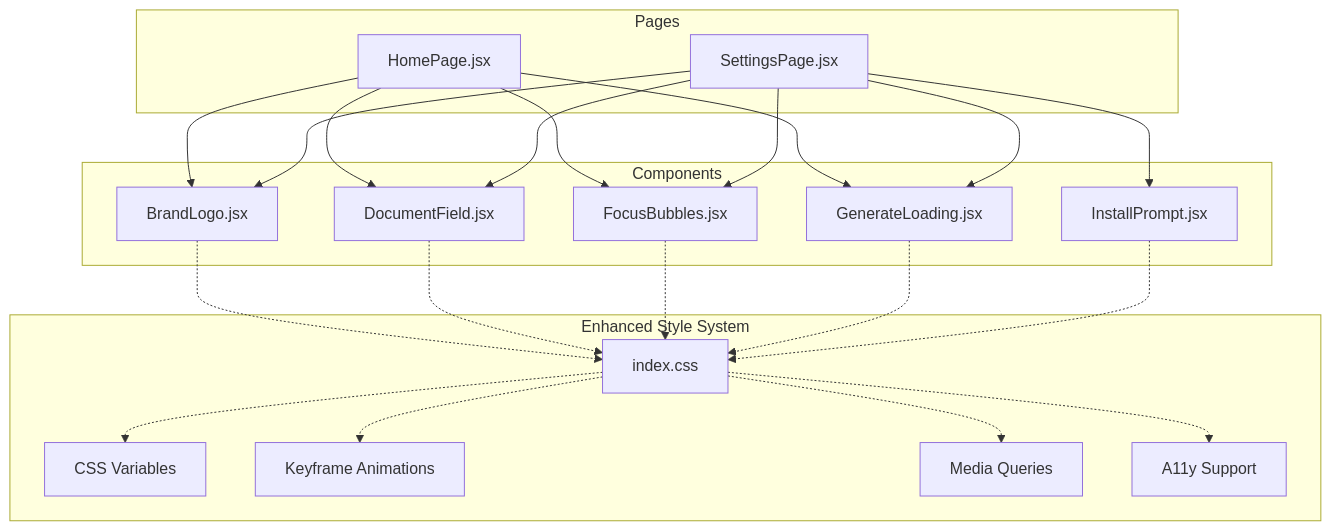
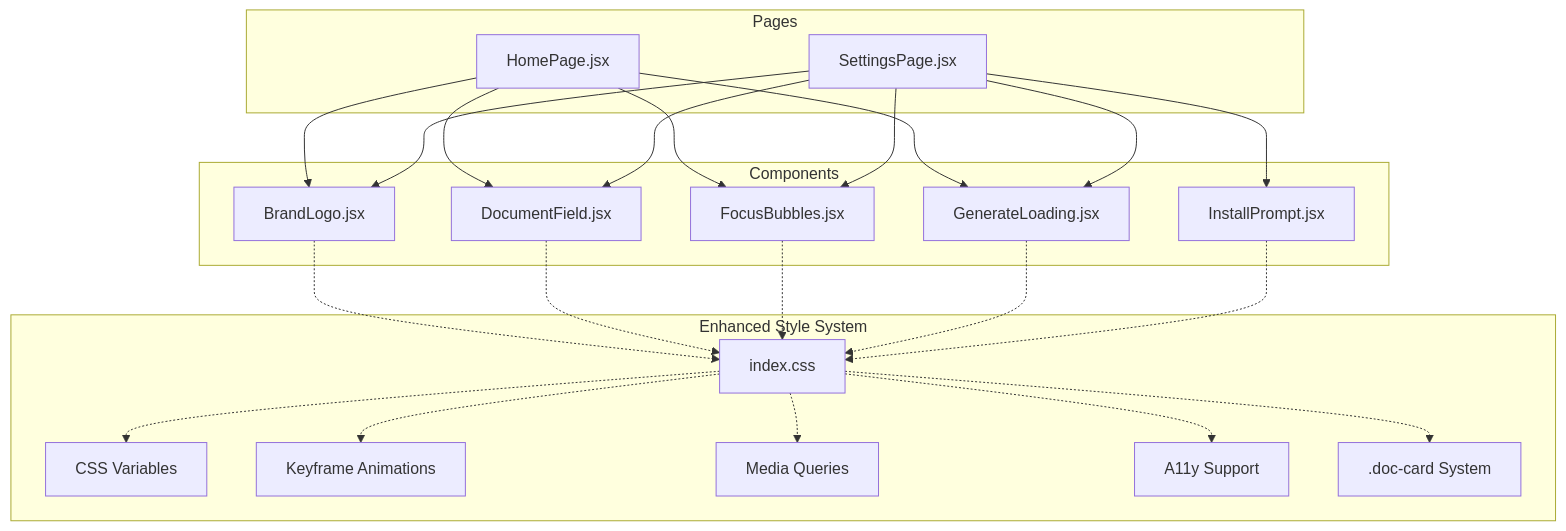
Before and after one commit to zmyeo54/briefroom: the second of 3 diagrams in .qoder/repowiki/en/content/Component Library/UI Components.md, drawn with Mermaid. The commit also changed other lines of this file and 42 other files, not shown here.

````diff
--- a/.qoder/repowiki/en/content/Component Library/UI Components.md
+++ b/.qoder/repowiki/en/content/Component Library/UI Components.md
@@ -119,39 +120,41 @@
 ```mermaid
 graph TB
 subgraph "Pages"
 HP["HomePage.jsx"]
 SP["SettingsPage.jsx"]
 end
 subgraph "Components"
 BL["BrandLogo.jsx"]
 DF["DocumentField.jsx"]
 FB["FocusBubbles.jsx"]
 GL["GenerateLoading.jsx"]
 IP["InstallPrompt.jsx"]
 end
 subgraph "Enhanced Style System"
 CSS["index.css"]
 Tokens["CSS Variables"]
 Animations["Keyframe Animations"]
 Responsive["Media Queries"]
 Accessibility["A11y Support"]
+DocCards[".doc-card System"]
 end
 HP --> BL
 HP --> DF
 HP --> FB
 HP --> GL
 SP --> BL
 SP --> DF
 SP --> FB
 SP --> GL
 SP --> IP
 BL -.-> CSS
 DF -.-> CSS
 FB -.-> CSS
 GL -.-> CSS
 IP -.-> CSS
 CSS -.-> Tokens
 CSS -.-> Animations
 CSS -.-> Responsive
 CSS -.-> Accessibility
+CSS -.-> DocCards
 ```
````
